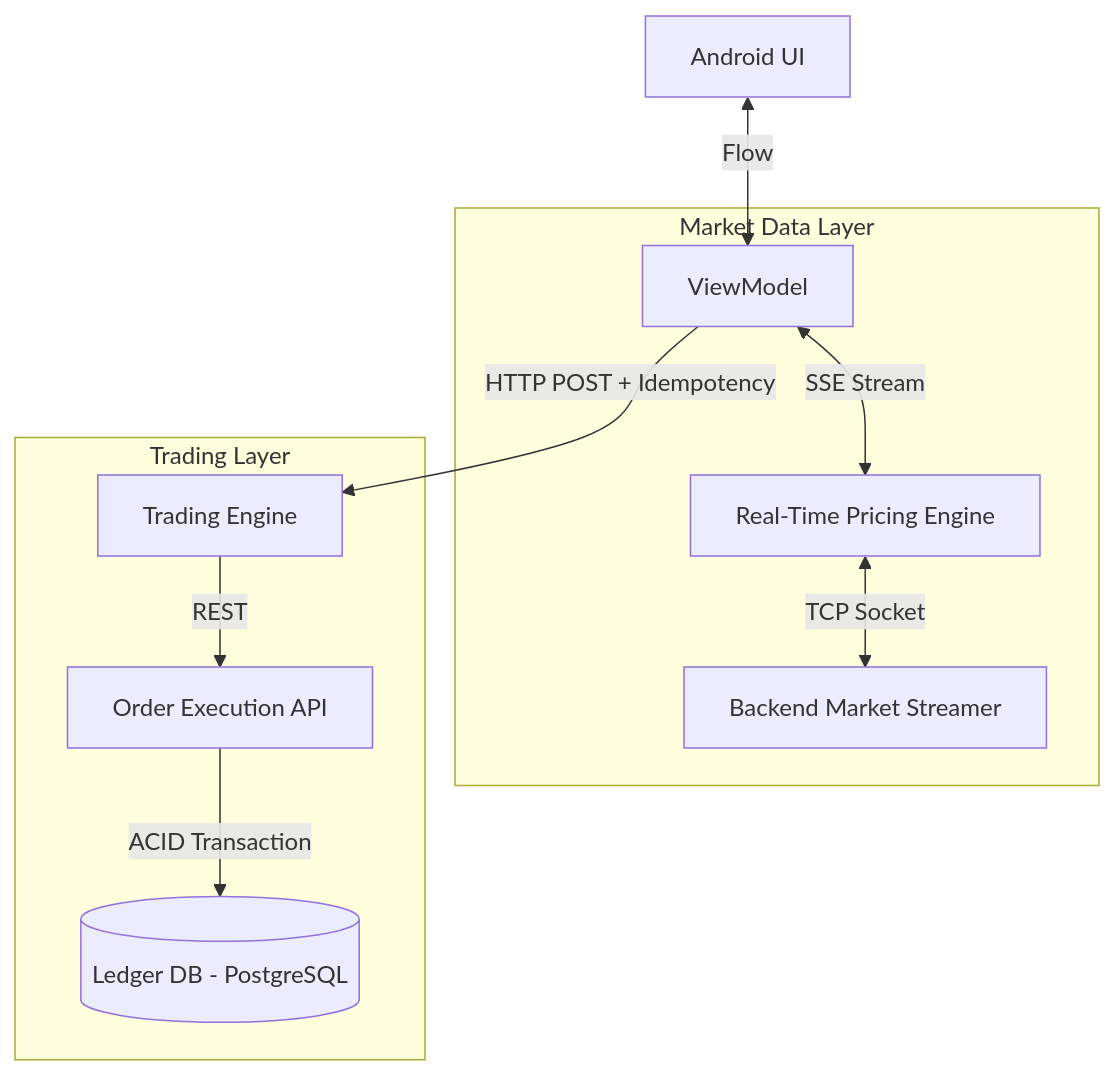
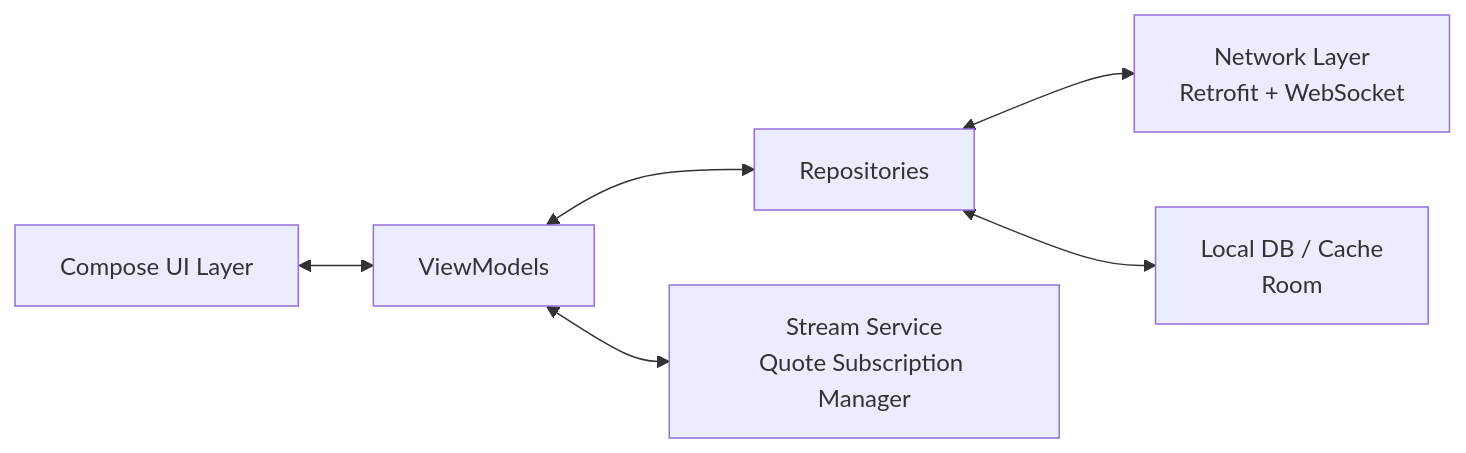
The sixth of 6 diagrams in mobile-system-design/stock-trading-app.md (swarnsingh/android-staff-engineer-playbook-website), drawn with Mermaid before and after one commit. The commit also changed other lines of this file and 2 other files, not shown here.

First line of the commit message:
P1: Deep-rewrite chat-messaging, news-feed, stock-trading-app

````diff
--- a/mobile-system-design/stock-trading-app.md
+++ b/mobile-system-design/stock-trading-app.md
@@ -23,15 +627,15 @@
 ```mermaid
-graph TD
-    UI[Android UI] <-->|Flow| VM[ViewModel]
-    
-    subgraph Market Data Layer
-        VM <-->|SSE Stream| PriceEngine[Real-Time Pricing Engine]
-        PriceEngine <-->|TCP Socket| BackendStream[Backend Market Streamer]
-    end
-    
-    subgraph Trading Layer
-        VM -->|HTTP POST + Idempotency| TradeEngine[Trading Engine]
-        TradeEngine -->|REST| OrderService[Order Execution API]
-        OrderService -->|ACID Transaction| DB[(Ledger DB - PostgreSQL)]
-    end
+flowchart LR
+    UI[Compose UI Layer]
+    VM[ViewModels]
+    Repos[Repositories]
+    Network[Network Layer<br/>Retrofit + WebSocket]
+    Local[Local DB / Cache<br/>Room]
+    Stream[Stream Service<br/>Quote Subscription Manager]
+
+    UI <--> VM
+    VM <--> Repos
+    Repos <--> Network
+    Repos <--> Local
+    VM <--> Stream
 ```
````
